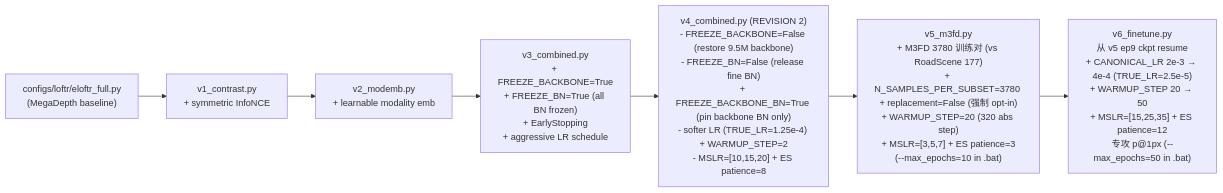
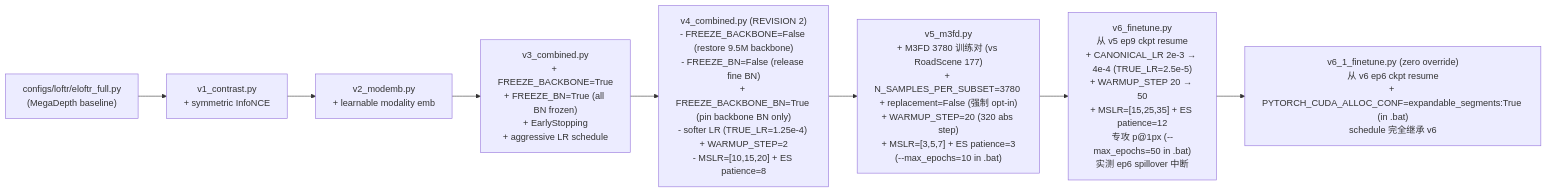
One commit to abirdlikefish/eloftr changed the first of 4 diagrams in .cursor/skills/eloftr-cross-modal-experiments/SKILL.md. Above: the diagram before and after it, drawn with Mermaid. The commit also changed other lines of this file and 12 other files, not shown here.

Commit message:
v6，v6_1 模型微调完成，v6_1增加性能优化，添加边缘图预处理

````diff
--- a/.cursor/skills/eloftr-cross-modal-experiments/SKILL.md
+++ b/.cursor/skills/eloftr-cross-modal-experiments/SKILL.md
@@ -13,9 +13,10 @@
 ```mermaid
 flowchart LR
     base["configs/loftr/eloftr_full.py<br/>(MegaDepth baseline)"] --> v1["v1_contrast.py<br/>+ symmetric InfoNCE"]
     v1 --> v2["v2_modemb.py<br/>+ learnable modality emb"]
     v2 --> v3["v3_combined.py<br/>+ FREEZE_BACKBONE=True<br/>+ FREEZE_BN=True (all BN frozen)<br/>+ EarlyStopping<br/>+ aggressive LR schedule"]
     v3 --> v4["v4_combined.py (REVISION 2)<br/>- FREEZE_BACKBONE=False (restore 9.5M backbone)<br/>- FREEZE_BN=False (release fine BN)<br/>+ FREEZE_BACKBONE_BN=True (pin backbone BN only)<br/>- softer LR (TRUE_LR=1.25e-4) + WARMUP_STEP=2<br/>- MSLR=[10,15,20] + ES patience=8"]
     v4 --> v5["v5_m3fd.py<br/>+ M3FD 3780 训练对 (vs RoadScene 177)<br/>+ N_SAMPLES_PER_SUBSET=3780 + replacement=False (强制 opt-in)<br/>+ WARMUP_STEP=20 (320 abs step)<br/>+ MSLR=[3,5,7] + ES patience=3<br/>(--max_epochs=10 in .bat)"]
-    v5 --> v6["v6_finetune.py<br/>从 v5 ep9 ckpt resume<br/>+ CANONICAL_LR 2e-3 → 4e-4 (TRUE_LR=2.5e-5)<br/>+ WARMUP_STEP 20 → 50<br/>+ MSLR=[15,25,35] + ES patience=12<br/>专攻 p@1px (--max_epochs=50 in .bat)"]
+    v5 --> v6["v6_finetune.py<br/>从 v5 ep9 ckpt resume<br/>+ CANONICAL_LR 2e-3 → 4e-4 (TRUE_LR=2.5e-5)<br/>+ WARMUP_STEP 20 → 50<br/>+ MSLR=[15,25,35] + ES patience=12<br/>专攻 p@1px (--max_epochs=50 in .bat)<br/>实测 ep6 spillover 中断"]
+    v6 --> v6_1["v6_1_finetune.py (zero override)<br/>从 v6 ep6 ckpt resume<br/>+ PYTORCH_CUDA_ALLOC_CONF=expandable_segments:True (in .bat)<br/>schedule 完全继承 v6"]
 ```
````
